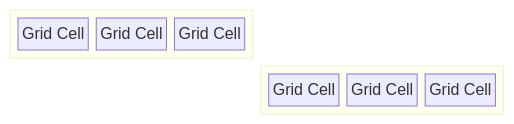
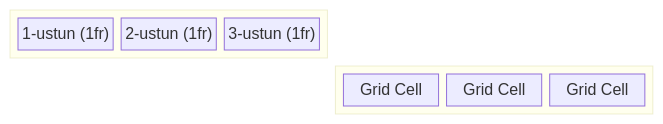
One commit to nusretoglu/senior-frontend-roadmap changed the diagram in docs/03-html-css-advanced/02-grid.md. Above: the diagram before and after it, drawn with Mermaid. The commit also changed other lines of this file and 143 other files, not shown here.

````diff
--- a/docs/03-html-css-advanced/02-grid.md
+++ b/docs/03-html-css-advanced/02-grid.md
@@ -30,15 +107,15 @@
 ```mermaid
 block-beta
   columns 3
   space:3
   block:row1
     columns 3
-    C1["Grid Cell"] C2["Grid Cell"] C3["Grid Cell"]
+    C1["1-ustun (1fr)"] C2["2-ustun (1fr)"] C3["3-ustun (1fr)"]
   end
   space:3
   block:row2
     columns 3
     C4["Grid Cell"] C5["Grid Cell"] C6["Grid Cell"]
   end
   space:3
 ```
````
